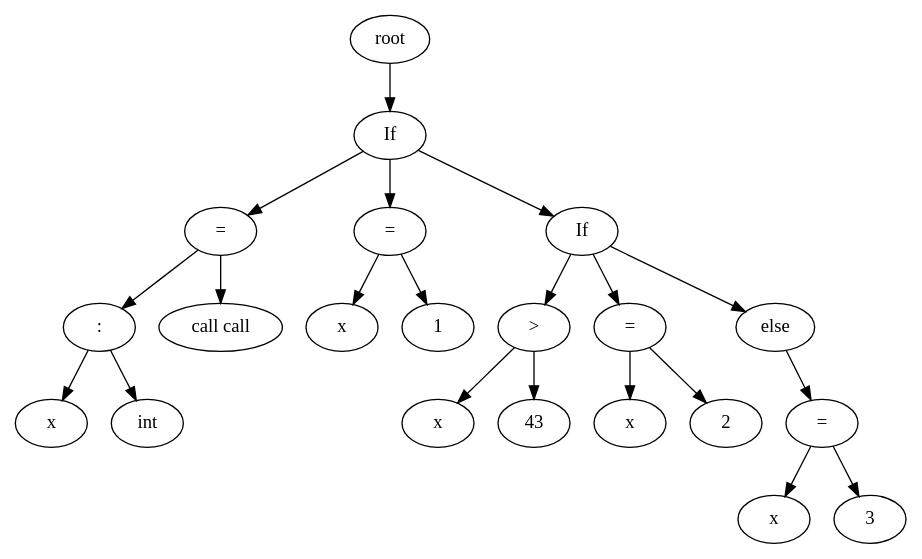
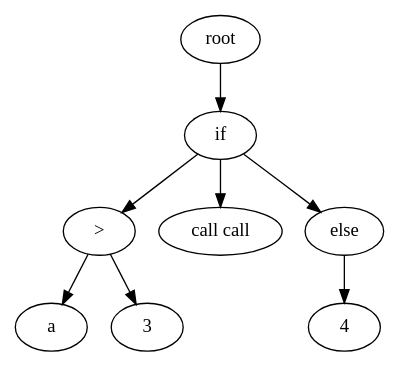
Before and after one commit to pranav-ap/wasp-lang: the diagram in examples/module.dot, drawn with Graphviz. The commit also changed 15 other files, not shown here.

```diff
--- a/examples/module.dot
+++ b/examples/module.dot
@@ -1,43 +1,17 @@
 digraph G { 
  "0"   [label="root"]; 
- "1"   [label="If"]; 
+ "1"   [label="if"]; 
  "0" -> "1"; 
- "2"   [label="="]; 
+ "2"   [label=">"]; 
  "1" -> "2"; 
- "3"   [label=":"]; 
+ "3"   [label="a"]; 
  "2" -> "3"; 
- "4"   [label="x"]; 
- "3" -> "4"; 
- "5"   [label="int"]; 
- "3" -> "5"; 
- "6"   [label="call call"]; 
- "2" -> "6"; 
- "7"   [label="="]; 
- "1" -> "7"; 
- "8"   [label="x"]; 
- "7" -> "8"; 
- "9"   [label="1"]; 
- "7" -> "9"; 
- "10"   [label="If"]; 
- "1" -> "10"; 
- "11"   [label=">"]; 
- "10" -> "11"; 
- "12"   [label="x"]; 
- "11" -> "12"; 
- "13"   [label="43"]; 
- "11" -> "13"; 
- "14"   [label="="]; 
- "10" -> "14"; 
- "15"   [label="x"]; 
- "14" -> "15"; 
- "16"   [label="2"]; 
- "14" -> "16"; 
- "17"   [label="else"]; 
- "10" -> "17"; 
- "18"   [label="="]; 
- "17" -> "18"; 
- "19"   [label="x"]; 
- "18" -> "19"; 
- "20"   [label="3"]; 
- "18" -> "20"; 
+ "4"   [label="3"]; 
+ "2" -> "4"; 
+ "5"   [label="call call"]; 
+ "1" -> "5"; 
+ "6"   [label="else"]; 
+ "1" -> "6"; 
+ "7"   [label="4"]; 
+ "6" -> "7"; 
  }
```
